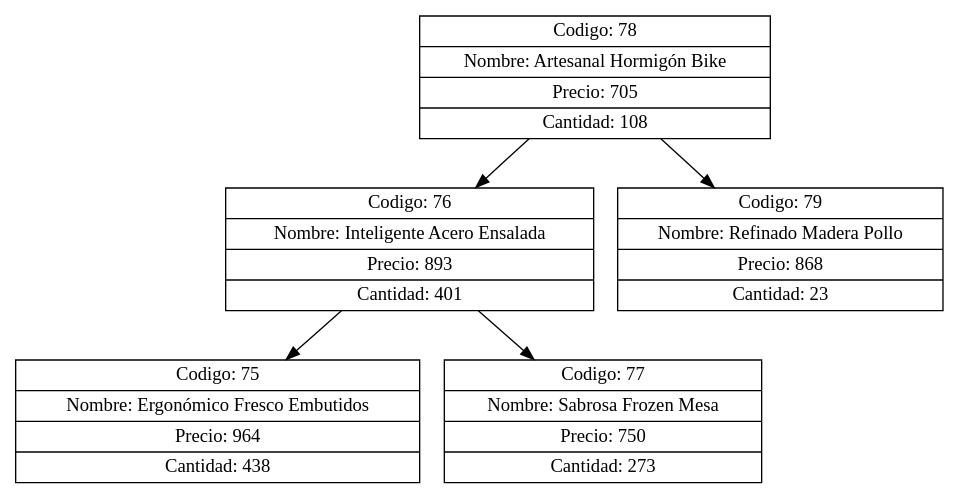
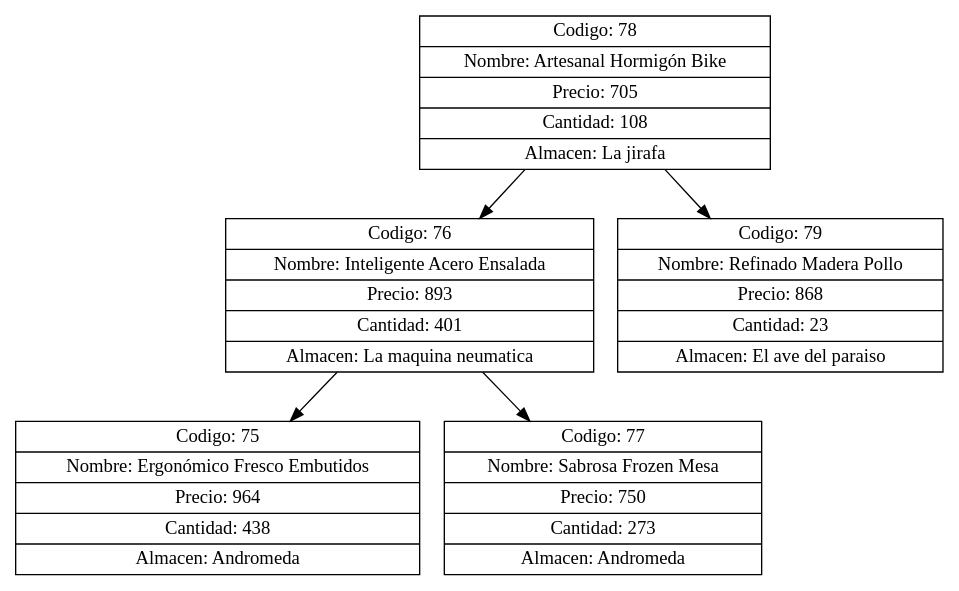
One commit to Pdante1897/EDD_VirtualMall_201700945 changed the diagram in src/Graphviz/files/ArbolBernaleHijos2.dot. Above: the diagram before and after it, drawn with Graphviz. The commit also changed 91 other files, not shown here.

```diff
--- a/src/Graphviz/files/ArbolBernaleHijos2.dot
+++ b/src/Graphviz/files/ArbolBernaleHijos2.dot
@@ -1,12 +1,12 @@
 digraph G{
 node[shape="box" shape="record"]
-nodo78[label="{ Codigo: 78 | Nombre: Artesanal Hormigón Bike | Precio: 705 | Cantidad: 108}"];
-nodo76[label="{ Codigo: 76 | Nombre: Inteligente Acero Ensalada | Precio: 893 | Cantidad: 401}"];
-nodo75[label="{ Codigo: 75 | Nombre: Ergonómico Fresco Embutidos | Precio: 964 | Cantidad: 438}"];
+nodo78[label="{ Codigo: 78 | Nombre: Artesanal Hormigón Bike | Precio: 705 | Cantidad: 108 | Almacen: La jirafa}"];
+nodo76[label="{ Codigo: 76 | Nombre: Inteligente Acero Ensalada | Precio: 893 | Cantidad: 401 | Almacen: La maquina neumatica}"];
+nodo75[label="{ Codigo: 75 | Nombre: Ergonómico Fresco Embutidos | Precio: 964 | Cantidad: 438 | Almacen: Andromeda}"];
 nodo76->nodo75;
-nodo77[label="{ Codigo: 77 | Nombre: Sabrosa Frozen Mesa | Precio: 750 | Cantidad: 273}"];
+nodo77[label="{ Codigo: 77 | Nombre: Sabrosa Frozen Mesa | Precio: 750 | Cantidad: 273 | Almacen: Andromeda}"];
 nodo76->nodo77;
 nodo78->nodo76;
-nodo79[label="{ Codigo: 79 | Nombre: Refinado Madera Pollo | Precio: 868 | Cantidad: 23}"];
+nodo79[label="{ Codigo: 79 | Nombre: Refinado Madera Pollo | Precio: 868 | Cantidad: 23 | Almacen: El ave del paraiso}"];
 nodo78->nodo79;
 }
```
